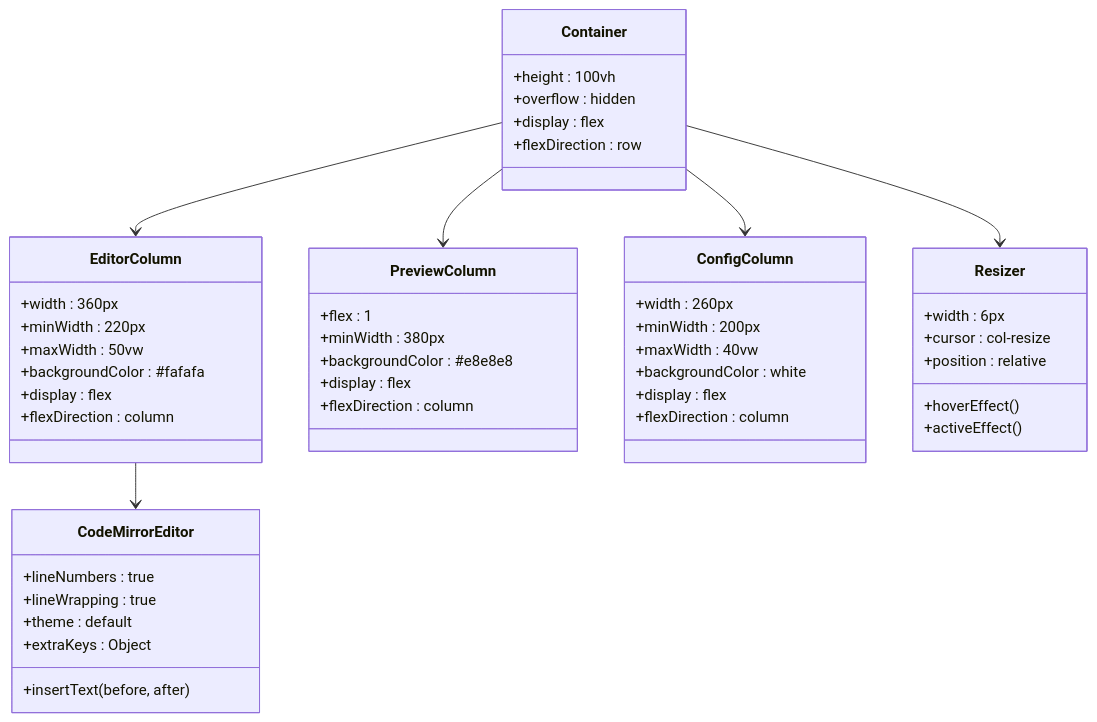
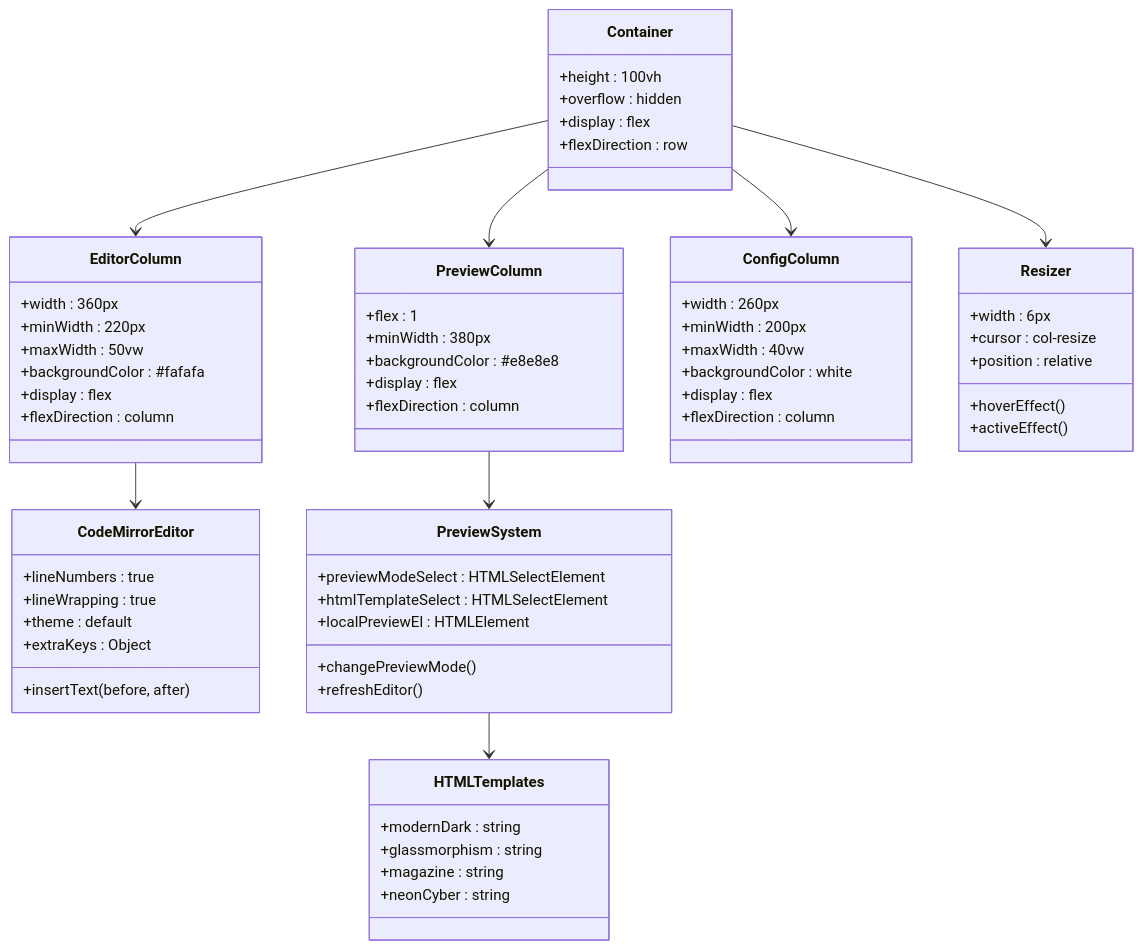
The fifth of 15 diagrams in .lingma/repowiki/zh/content/用户指南/前端界面现代化.md (wanwushelie/markdown-to-word-studio), drawn with Mermaid before and after one commit. The commit also changed other lines of this file and 1 other file, not shown here.

````diff
--- a/.lingma/repowiki/zh/content/用户指南/前端界面现代化.md
+++ b/.lingma/repowiki/zh/content/用户指南/前端界面现代化.md
@@ -280,51 +310,66 @@
 ```mermaid
 classDiagram
 class Container {
 +height : 100vh
 +overflow : hidden
 +display : flex
 +flexDirection : row
 }
 class EditorColumn {
 +width : 360px
 +minWidth : 220px
 +maxWidth : 50vw
 +backgroundColor : #fafafa
 +display : flex
 +flexDirection : column
 }
 class PreviewColumn {
 +flex : 1
 +minWidth : 380px
 +backgroundColor : #e8e8e8
 +display : flex
 +flexDirection : column
 }
 class ConfigColumn {
 +width : 260px
 +minWidth : 200px
 +maxWidth : 40vw
 +backgroundColor : white
 +display : flex
 +flexDirection : column
 }
 class Resizer {
 +width : 6px
 +cursor : col-resize
 +position : relative
 +hoverEffect()
 +activeEffect()
 }
 class CodeMirrorEditor {
 +lineNumbers : true
 +lineWrapping : true
 +theme : default
 +extraKeys : Object
 +insertText(before, after)
 }
+class PreviewSystem {
++previewModeSelect : HTMLSelectElement
++htmlTemplateSelect : HTMLSelectElement
++localPreviewEl : HTMLElement
++changePreviewMode()
++refreshEditor()
+}
+class HTMLTemplates {
++modernDark : string
++glassmorphism : string
++magazine : string
++neonCyber : string
+}
 Container --> EditorColumn
 Container --> PreviewColumn
 Container --> ConfigColumn
 Container --> Resizer
 EditorColumn --> CodeMirrorEditor
+PreviewColumn --> PreviewSystem
+PreviewSystem --> HTMLTemplates
 ```
````
